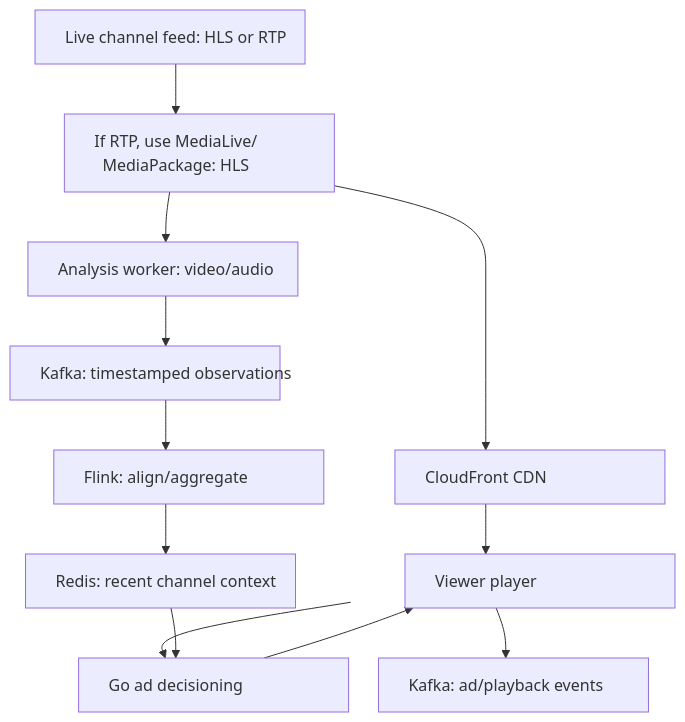
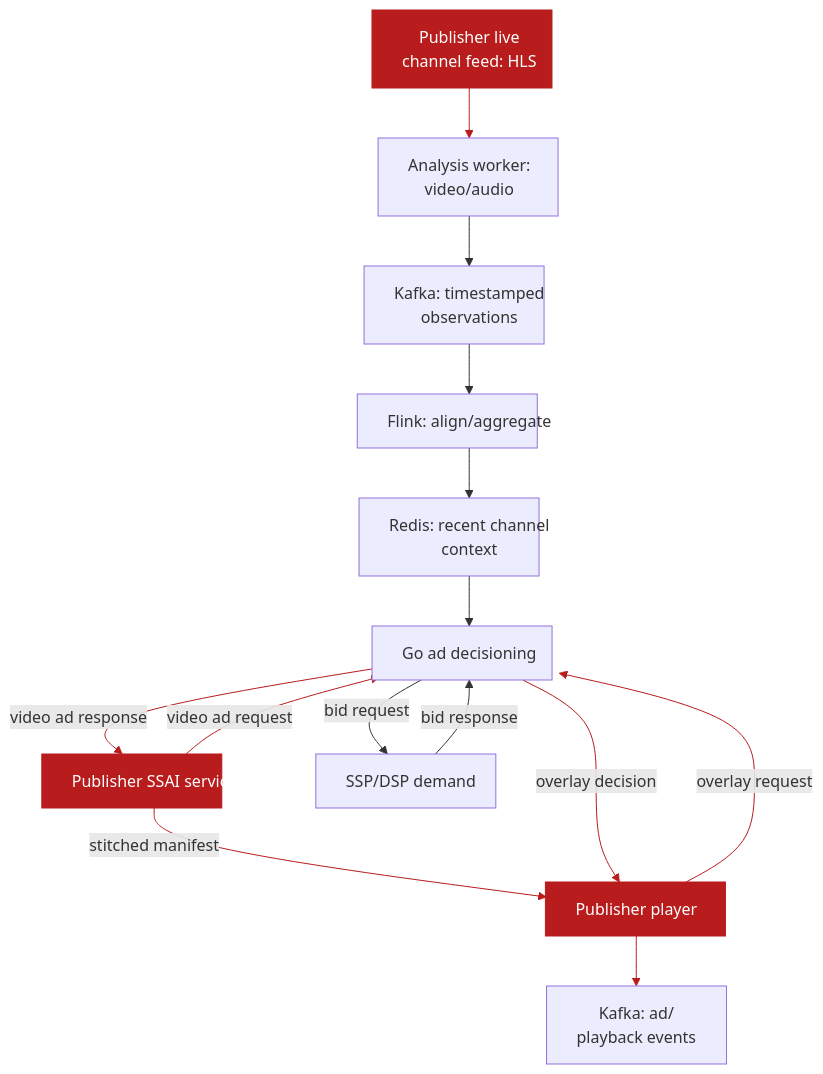
The third of 3 diagrams in README.md (rayning0/scenebid), drawn with Mermaid before and after one commit. The commit also changed other lines of this file, not shown here.

````diff
--- a/README.md
+++ b/README.md
@@ -446,17 +463,29 @@
 ```mermaid
-%%{init: {"flowchart": {"wrappingWidth": 270}}}%%
+%%{init: {"flowchart": {"wrappingWidth": 180}}}%%
 flowchart TD
-    classDef wide width:270px;
-    L["Live channel feed: HLS or RTP"] --> M["If RTP, use MediaLive/<br>MediaPackage: HLS"]
-    M --> N["CloudFront CDN"]
-    M --> X["Analysis worker: video/audio"]
-    X --> K["Kafka: timestamped observations"]
+    classDef wide width:180px;
+    L["Publisher live<br/>channel feed: HLS"] --> X["Analysis worker:<br/>video/audio"]
+    X --> K["Kafka: timestamped<br/>observations"]
     K --> F["Flink: align/aggregate"]
-    F --> R["Redis: recent channel context"]
-    N --> P["Viewer player"]
-    P --> A["Go ad decisioning"]
+    F --> R["Redis: recent channel<br/>context"]
+
+    SSAI["Publisher SSAI service"] -->|video ad request| A["Go ad decisioning"]
+    A -->|video ad response| SSAI
+    SSAI -->|stitched manifest| P["Publisher player"]
+    P -->|overlay request| A
+    A -->|overlay decision| P
+    P --> E["Kafka: ad/<br/>playback events"]
+
     R --> A
-    A --> P
-    P --> E["Kafka: ad/playback events"]
-    class L,M,N,X,K,F,R,P,A,E wide
+    A -->|bid request| B["SSP/DSP demand"]
+    B -->|bid response| A
+
+    %% Layout hints: keep SSAI left, player/events centered, and SSP/DSP demand right.
+    SSAI ~~~ P
+    A ~~~ P
+
+    class L,X,K,F,R,SSAI,P,A,E,B wide
+    classDef publisher fill:#b91c1c,stroke:#b91c1c,color:#fff;
+    class L,SSAI,P publisher
+    linkStyle 0,4,5,6,7,8,9 stroke:#b91c1c
 ```
````
